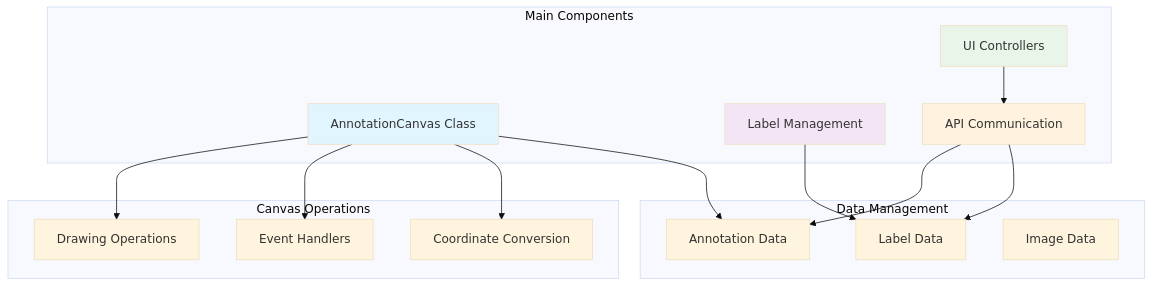
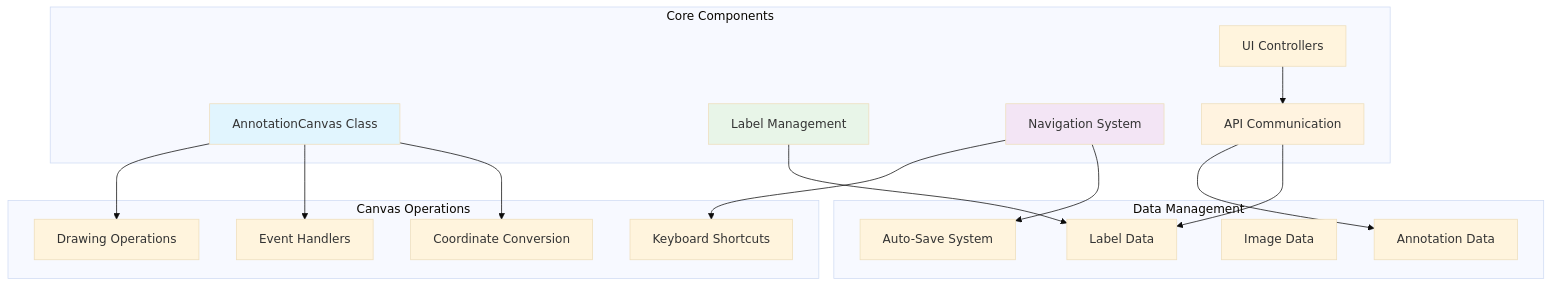
One commit to ikedachin/yolo_annotator changed the first of 4 diagrams in documents/annotatorjs.md. Above: the diagram before and after it, drawn with Mermaid (base theme). The commit also changed other lines of this file and 4 other files, not shown here.

````diff
--- a/documents/annotatorjs.md
+++ b/documents/annotatorjs.md
@@ -9,35 +9,39 @@
 ```mermaid
 graph TB
-    subgraph "Main Components"
+    subgraph "Core Components"
         AC[AnnotationCanvas Class]
         LM[Label Management]
+        Nav[Navigation System]
         UI[UI Controllers]
         API[API Communication]
     end
     
     subgraph "Canvas Operations"
         Draw[Drawing Operations]
         Event[Event Handlers]
         Coord[Coordinate Conversion]
+        KB[Keyboard Shortcuts]
     end
     
     subgraph "Data Management"
         Ann[Annotation Data]
         Label[Label Data]
         Image[Image Data]
+        Auto[Auto-Save System]
     end
     
     AC --> Draw
     AC --> Event
     AC --> Coord
-    AC --> Ann
+    Nav --> KB
+    Nav --> Auto
     LM --> Label
     UI --> API
     API --> Ann
     API --> Label
     
     style AC fill:#e1f5fe
-    style LM fill:#f3e5f5
-    style UI fill:#e8f5e8
+    style Nav fill:#f3e5f5
+    style LM fill:#e8f5e8
     style API fill:#fff3e0
 ```
````
